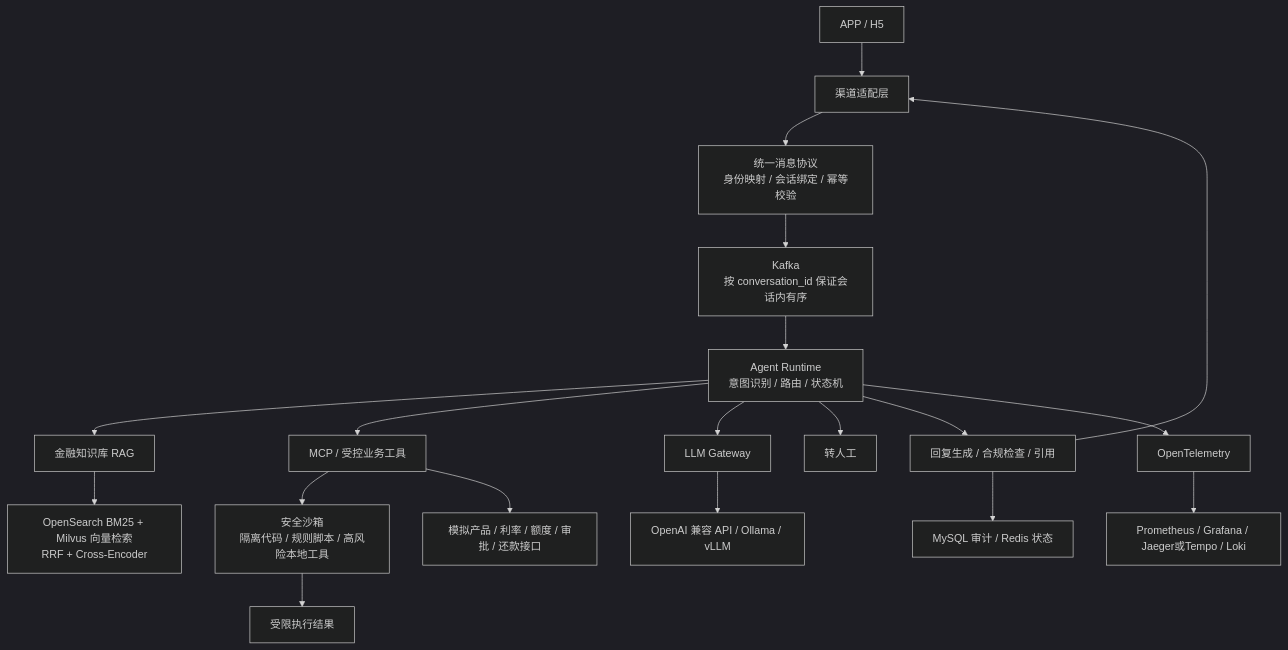
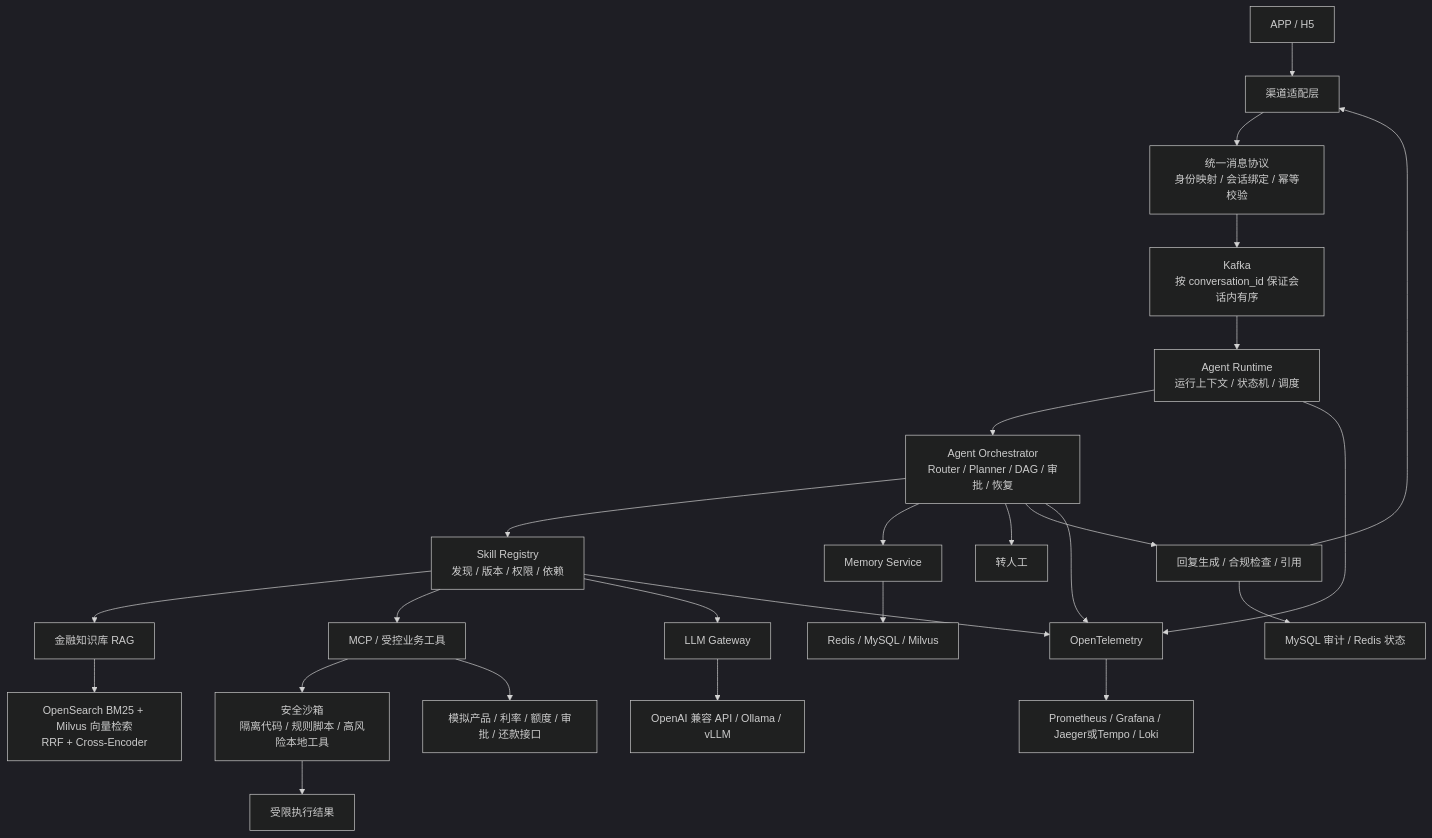
One commit to songlindong/AgentForge changed the diagram in docs/project-context.md. Above: the diagram before and after it, drawn with Mermaid (dark theme). The commit also changed other lines of this file and 4 other files, not shown here.

````diff
--- a/docs/project-context.md
+++ b/docs/project-context.md
@@ -82,21 +100,27 @@
 ```mermaid
 flowchart TD
     CH["APP / H5"] --> CA["渠道适配层"]
     CA --> NM["统一消息协议<br/>身份映射 / 会话绑定 / 幂等校验"]
     NM --> MQ["Kafka<br/>按 conversation_id 保证会话内有序"]
-    MQ --> AR["Agent Runtime<br/>意图识别 / 路由 / 状态机"]
-    AR --> RAG["金融知识库 RAG"]
-    AR --> MCP["MCP / 受控业务工具"]
+    MQ --> AR["Agent Runtime<br/>运行上下文 / 状态机 / 调度"]
+    AR --> AO["Agent Orchestrator<br/>Router / Planner / DAG / 审批 / 恢复"]
+    AO --> SK["Skill Registry<br/>发现 / 版本 / 权限 / 依赖"]
+    SK --> RAG["金融知识库 RAG"]
+    SK --> MCP["MCP / 受控业务工具"]
     MCP --> SB["安全沙箱<br/>隔离代码 / 规则脚本 / 高风险本地工具"]
-    AR --> LLM["LLM Gateway"]
-    AR --> HUMAN["转人工"]
+    SK --> LLM["LLM Gateway"]
+    AO --> MEM["Memory Service"]
+    AO --> HUMAN["转人工"]
     RAG --> RET["OpenSearch BM25 + Milvus 向量检索<br/>RRF + Cross-Encoder"]
     MCP --> MOCK["模拟产品 / 利率 / 额度 / 审批 / 还款接口"]
     SB --> EXEC["受限执行结果"]
     LLM --> MODEL["OpenAI 兼容 API / Ollama / vLLM"]
-    AR --> OUT["回复生成 / 合规检查 / 引用"]
+    MEM --> DATA["Redis / MySQL / Milvus"]
+    AO --> OUT["回复生成 / 合规检查 / 引用"]
     OUT --> CA
     OUT --> AUDIT["MySQL 审计 / Redis 状态"]
     AR --> OTEL["OpenTelemetry"]
+    AO --> OTEL
+    SK --> OTEL
     OTEL --> OBS["Prometheus / Grafana / Jaeger或Tempo / Loki"]
 ```
````
